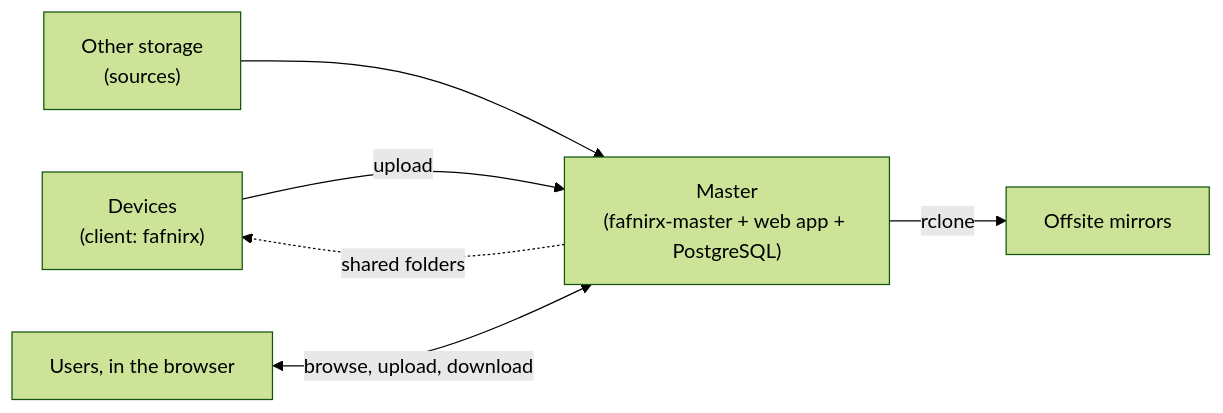
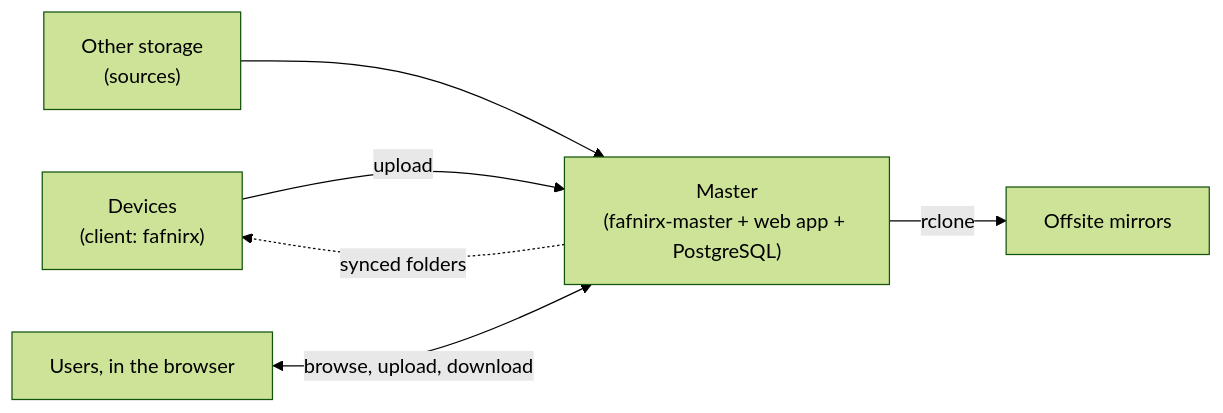
The diagram in README.md (jameelhamdan/fafnirx), drawn with Mermaid (forest theme) before and after one commit. The commit also changed other lines of this file and 170 other files, not shown here.

````diff
--- a/README.md
+++ b/README.md
@@ -7,8 +7,8 @@
 ```mermaid
 flowchart LR
     D["Devices<br/>(client: fafnirx)"] -->|"upload"| M["Master<br/>(fafnirx-master + web app + PostgreSQL)"]
-    M -.->|"shared folders"| D
+    M -.->|"synced folders"| D
     G["Other storage<br/>(sources)"] --> M
     U["Users, in the browser"] <-->|"browse, upload, download"| M
     M -->|"rclone"| O["Offsite mirrors"]
 ```
````
